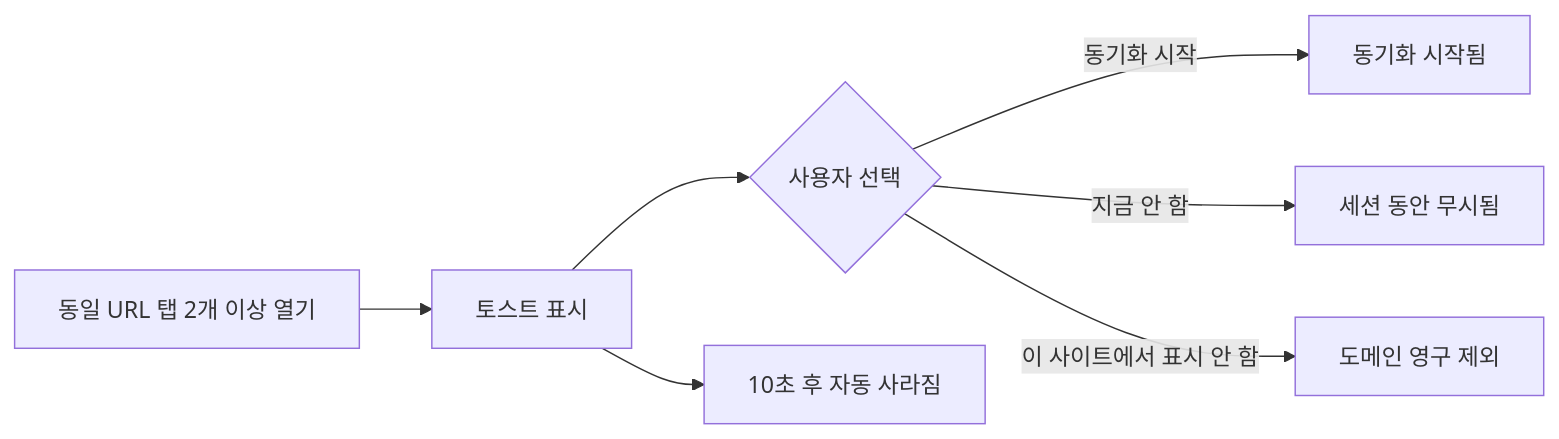
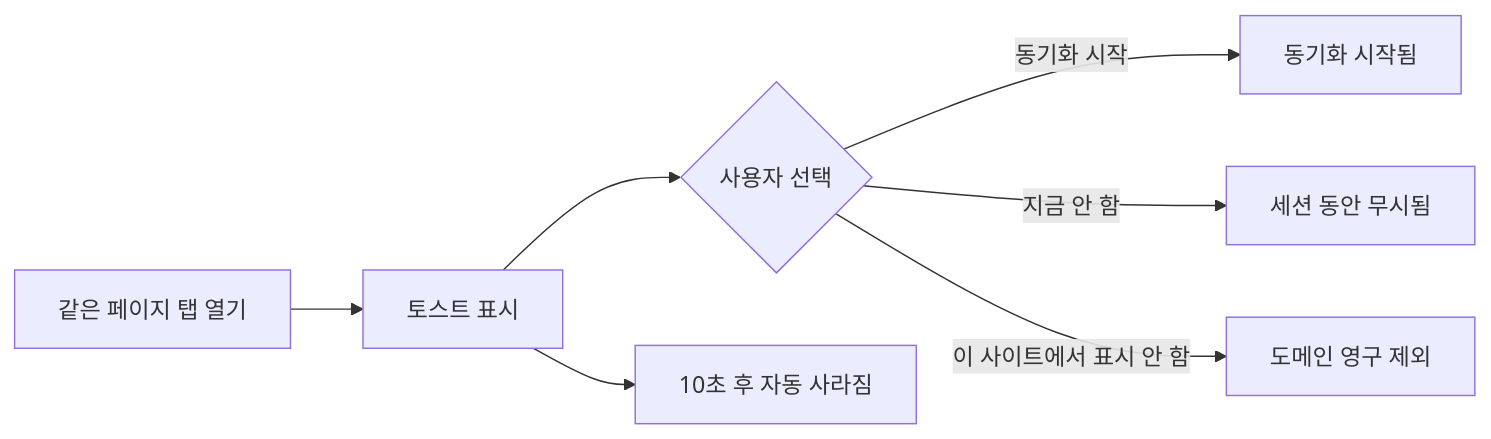
Before and after one commit to jaem1n207/synchronize-tab-scrolling: the third of 4 diagrams in README-ko_kr.md, drawn with Mermaid. The commit also changed other lines of this file and 2 other files, not shown here.

Commit message:
docs: clarify URL sync product copy

````diff
--- a/README-ko_kr.md
+++ b/README-ko_kr.md
@@ -160,9 +168,9 @@
 ```mermaid
 flowchart LR
-    A[동일 URL 탭 2개 이상 열기] --> B[토스트 표시]
+    A[같은 페이지 탭 열기] --> B[토스트 표시]
     B --> C{사용자 선택}
     C -->|동기화 시작| D[동기화 시작됨]
     C -->|지금 안 함| E[세션 동안 무시됨]
     C -->|이 사이트에서 표시 안 함| F[도메인 영구 제외]
     B --> G[10초 후 자동 사라짐]
 ```
````
